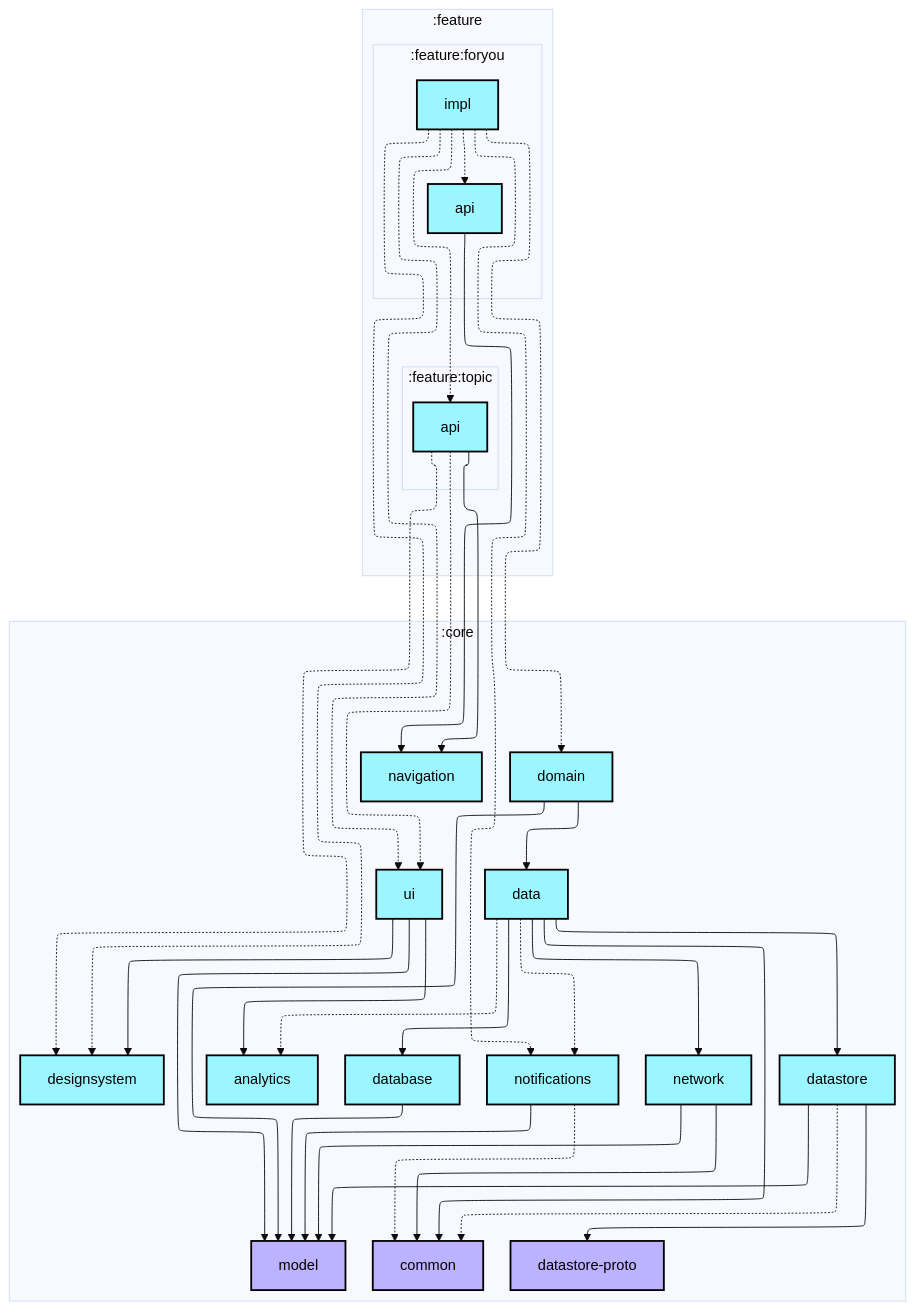
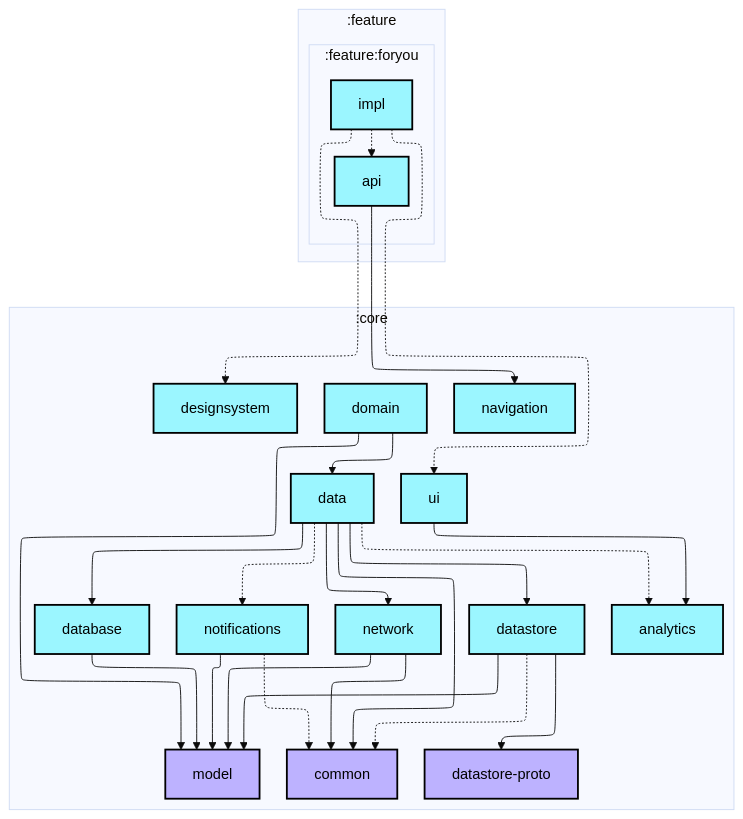
One commit to weiyuhl/nowinandroidtest changed the first of 2 diagrams in feature/foryou/impl/README.md. Above: the diagram before and after it, drawn with Mermaid (base theme). The commit also changed 145 other files, not shown here.

````diff
--- a/feature/foryou/impl/README.md
+++ b/feature/foryou/impl/README.md
@@ -6,74 +6,62 @@
 ```mermaid
 ---
 config:
   layout: elk
   elk:
     nodePlacementStrategy: SIMPLE
 ---
 graph TB
   subgraph :feature
     direction TB
     subgraph :feature:foryou
       direction TB
       :feature:foryou:api[api]:::android-library
       :feature:foryou:impl[impl]:::android-library
-    end
-    subgraph :feature:topic
-      direction TB
-      :feature:topic:api[api]:::android-library
     end
   end
   subgraph :core
     direction TB
     :core:analytics[analytics]:::android-library
     :core:common[common]:::jvm-library
     :core:data[data]:::android-library
     :core:database[database]:::android-library
     :core:datastore[datastore]:::android-library
     :core:datastore-proto[datastore-proto]:::jvm-library
     :core:designsystem[designsystem]:::android-library
     :core:domain[domain]:::android-library
     :core:model[model]:::jvm-library
     :core:navigation[navigation]:::android-library
     :core:network[network]:::android-library
     :core:notifications[notifications]:::android-library
     :core:ui[ui]:::android-library
   end
 
   :core:data -.-> :core:analytics
   :core:data --> :core:common
   :core:data --> :core:database
   :core:data --> :core:datastore
   :core:data --> :core:network
   :core:data -.-> :core:notifications
   :core:database --> :core:model
   :core:datastore -.-> :core:common
   :core:datastore --> :core:datastore-proto
   :core:datastore --> :core:model
   :core:domain --> :core:data
   :core:domain --> :core:model
   :core:network --> :core:common
   :core:network --> :core:model
   :core:notifications -.-> :core:common
   :core:notifications --> :core:model
   :core:ui --> :core:analytics
-  :core:ui --> :core:designsystem
-  :core:ui --> :core:model
   :feature:foryou:api --> :core:navigation
   :feature:foryou:impl -.-> :core:designsystem
-  :feature:foryou:impl -.-> :core:domain
-  :feature:foryou:impl -.-> :core:notifications
   :feature:foryou:impl -.-> :core:ui
   :feature:foryou:impl -.-> :feature:foryou:api
-  :feature:foryou:impl -.-> :feature:topic:api
-  :feature:topic:api -.-> :core:designsystem
-  :feature:topic:api --> :core:navigation
-  :feature:topic:api -.-> :core:ui
 
 classDef android-application fill:#CAFFBF,stroke:#000,stroke-width:2px,color:#000;
 classDef android-feature fill:#FFD6A5,stroke:#000,stroke-width:2px,color:#000;
 classDef android-library fill:#9BF6FF,stroke:#000,stroke-width:2px,color:#000;
 classDef android-test fill:#A0C4FF,stroke:#000,stroke-width:2px,color:#000;
 classDef jvm-library fill:#BDB2FF,stroke:#000,stroke-width:2px,color:#000;
 classDef unknown fill:#FFADAD,stroke:#000,stroke-width:2px,color:#000;
 ```
````
